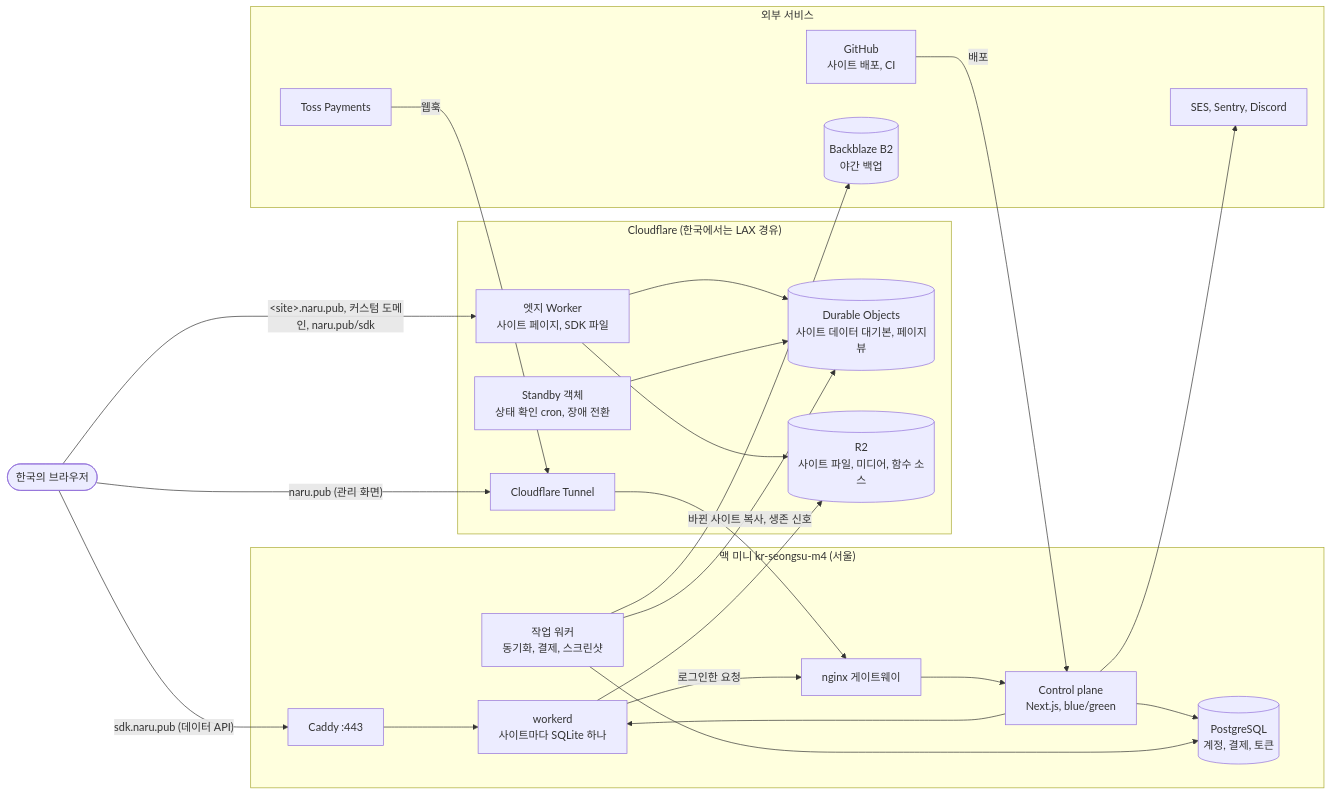
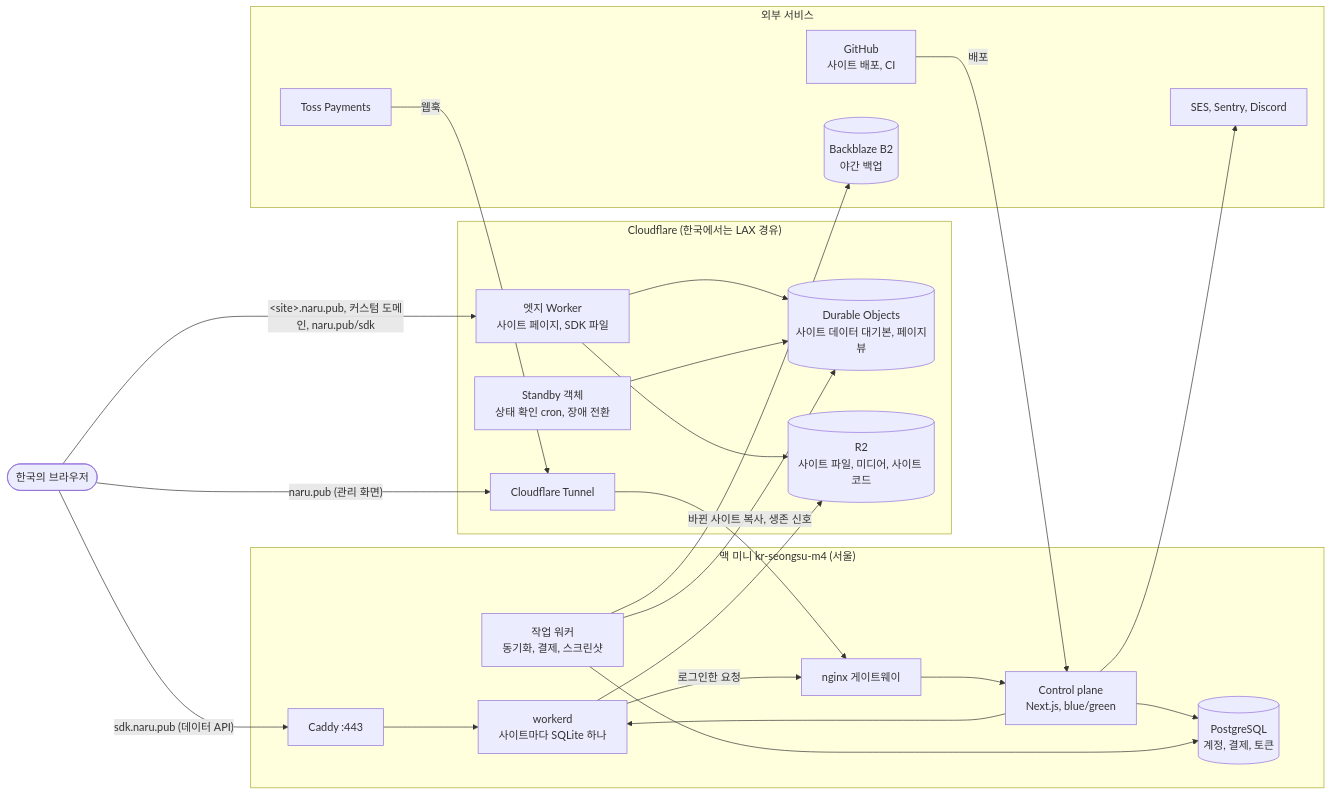
The first of 3 diagrams in README.md (naru-pub/naru), drawn with Mermaid before and after one commit. The commit also changed other lines of this file and 7 other files, not shown here.

````diff
--- a/README.md
+++ b/README.md
@@ -22,47 +22,47 @@
 ```mermaid
 flowchart LR
   user(["한국의 브라우저"])
 
   subgraph cf["Cloudflare (한국에서는 LAX 경유)"]
     worker["엣지 Worker<br/>사이트 페이지, SDK 파일"]
     standby["Standby 객체<br/>상태 확인 cron, 장애 전환"]
     copies[("Durable Objects<br/>사이트 데이터 대기본, 페이지뷰")]
-    r2[("R2<br/>사이트 파일, 미디어, 함수 소스")]
+    r2[("R2<br/>사이트 파일, 미디어, 사이트 코드")]
     tunnel["Cloudflare Tunnel"]
   end
 
   subgraph mini["맥 미니 kr-seongsu-m4 (서울)"]
     caddy["Caddy :443"]
     workerd["workerd<br/>사이트마다 SQLite 하나"]
     gateway["nginx 게이트웨이"]
     cp["Control plane<br/>Next.js, blue/green"]
     jobs["작업 워커<br/>동기화, 결제, 스크린샷"]
     pg[("PostgreSQL<br/>계정, 결제, 토큰")]
   end
 
   subgraph ext["외부 서비스"]
     toss["Toss Payments"]
     github["GitHub<br/>사이트 배포, CI"]
     b2[("Backblaze B2<br/>야간 백업")]
     alerts["SES, Sentry, Discord"]
   end
 
   user -->|"&lt;site&gt;.naru.pub, 커스텀 도메인, naru.pub/sdk"| worker
   user -->|"sdk.naru.pub (데이터 API)"| caddy
   user -->|"naru.pub (관리 화면)"| tunnel
   worker --> r2
   worker --> copies
   standby --> copies
   tunnel --> gateway --> cp
   caddy --> workerd
   workerd -->|"로그인한 요청"| gateway
   cp --> workerd
   cp --> pg
   jobs --> pg
   jobs -->|"바뀐 사이트 복사, 생존 신호"| copies
   workerd --> r2
   toss -->|"웹훅"| tunnel
   github -->|"배포"| cp
   jobs --> b2
   cp --> alerts
 ```
````
